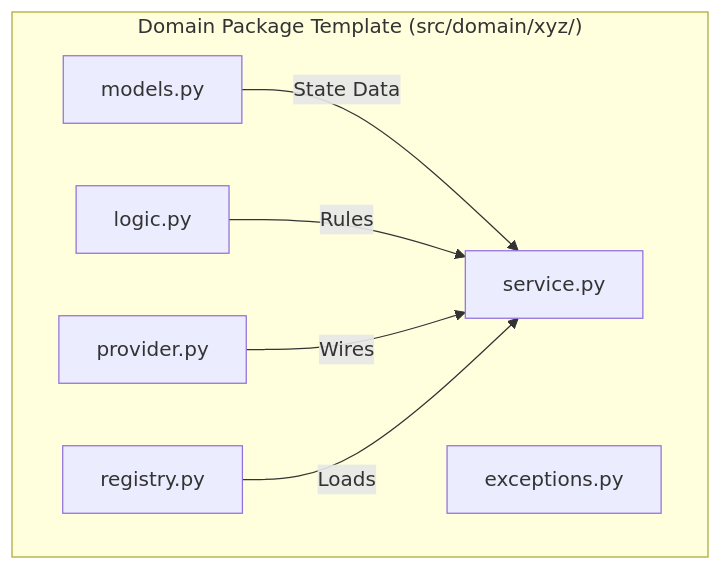
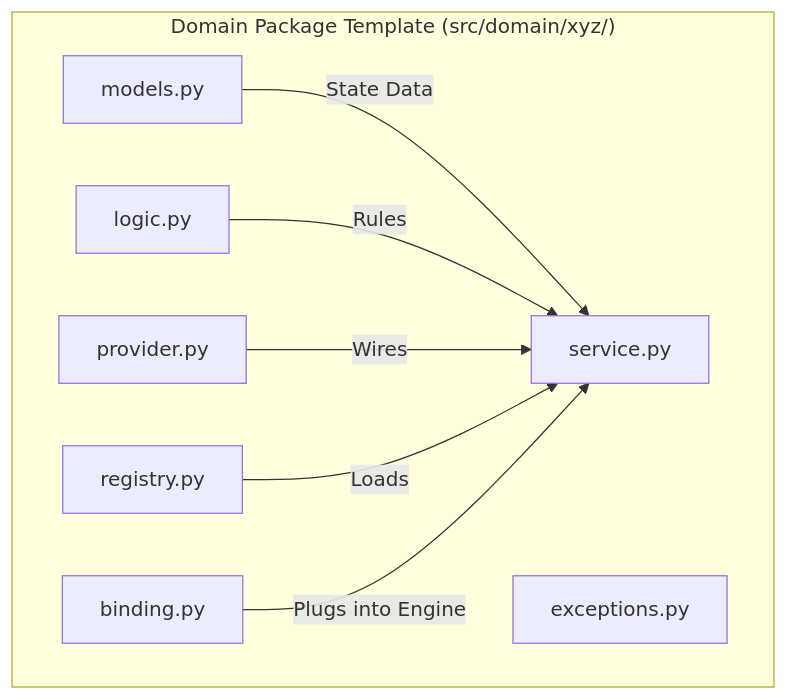
The diagram in docs/reference/patterns/component_template.md (mnaatjes/oregon-trail-clone), drawn with Mermaid before and after one commit. The commit also changed other lines of this file and 3 other files, not shown here.

````diff
--- a/docs/reference/patterns/component_template.md
+++ b/docs/reference/patterns/component_template.md
@@ -17,16 +17,18 @@
 ```mermaid
 graph TD
     subgraph "Domain Package Template (src/domain/xyz/)"
         A[models.py]
         B[logic.py]
         C[service.py]
         D[provider.py]
         E[registry.py]
         F[exceptions.py]
+        G[binding.py]
     end
 
     A -->|State Data| C
     B -->|Rules| C
     D -->|Wires| C
     E -->|Loads| C
+    G -->|Plugs into Engine| C
 ```
````
